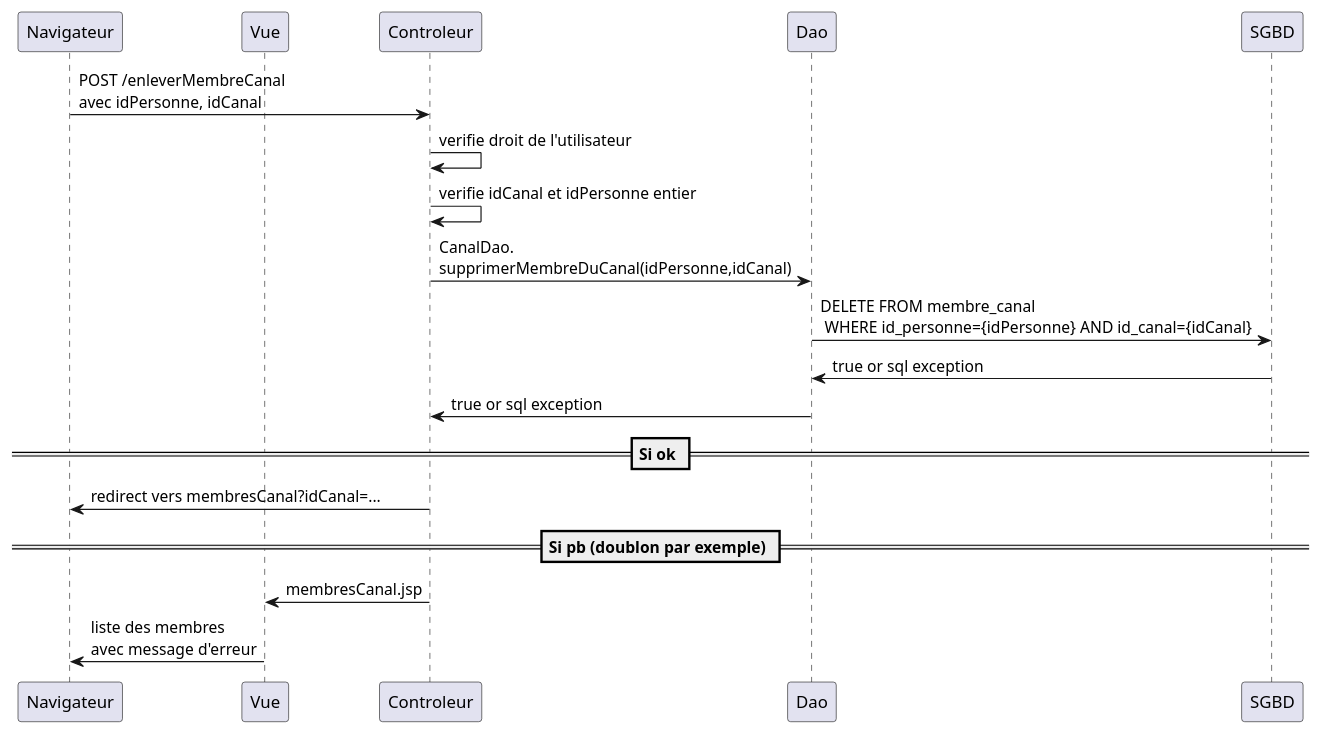
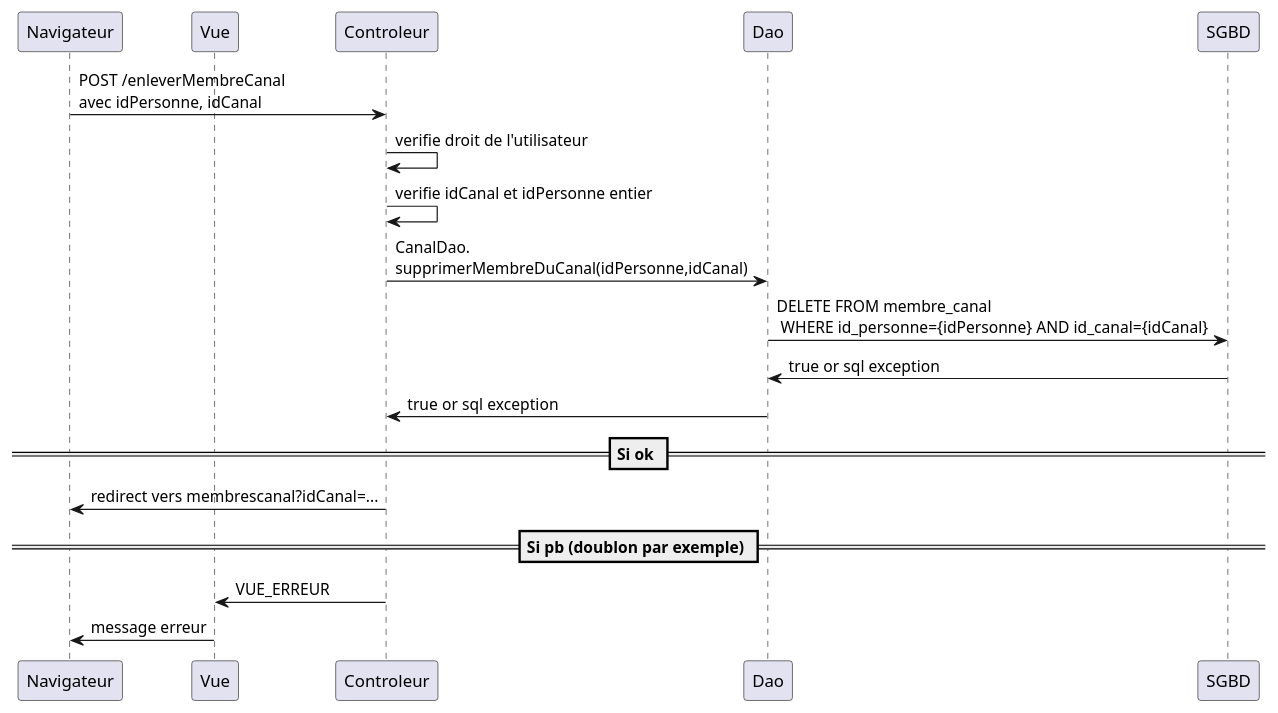
Before and after one commit to michel-plasse/cdaMassy2021: the diagram in src/main/webapp/WEB-INF/doc/SupprimerMembreDuCanal.puml, drawn with PlantUML. The commit also changed 9 other files, not shown here.

```diff
--- a/src/main/webapp/WEB-INF/doc/SupprimerMembreDuCanal.puml
+++ b/src/main/webapp/WEB-INF/doc/SupprimerMembreDuCanal.puml
@@ -1,17 +1,17 @@
 @startuml 
 participant Navigateur 
 participant Vue  
 Navigateur -> Controleur : POST /enleverMembreCanal\navec idPersonne, idCanal
 Controleur -> Controleur: verifie droit de l'utilisateur
 Controleur -> Controleur: verifie idCanal et idPersonne entier
 Controleur -> Dao: CanalDao.\nsupprimerMembreDuCanal(idPersonne,idCanal)
 Dao -> SGBD: DELETE FROM membre_canal \n WHERE id_personne={idPersonne} AND id_canal={idCanal}
 SGBD -> Dao: true or sql exception 
 Dao -> Controleur: true or sql exception 
 == Si ok ==
-Controleur -> Navigateur: redirect vers membresCanal?idCanal=...
+Controleur -> Navigateur: redirect vers membrescanal?idCanal=...
 == Si pb (doublon par exemple) ==
-Controleur -> Vue: membresCanal.jsp
-Vue -> Navigateur: liste des membres\navec message d'erreur
+Controleur -> Vue: VUE_ERREUR
+Vue -> Navigateur: message erreur​
 
 @enduml
```
